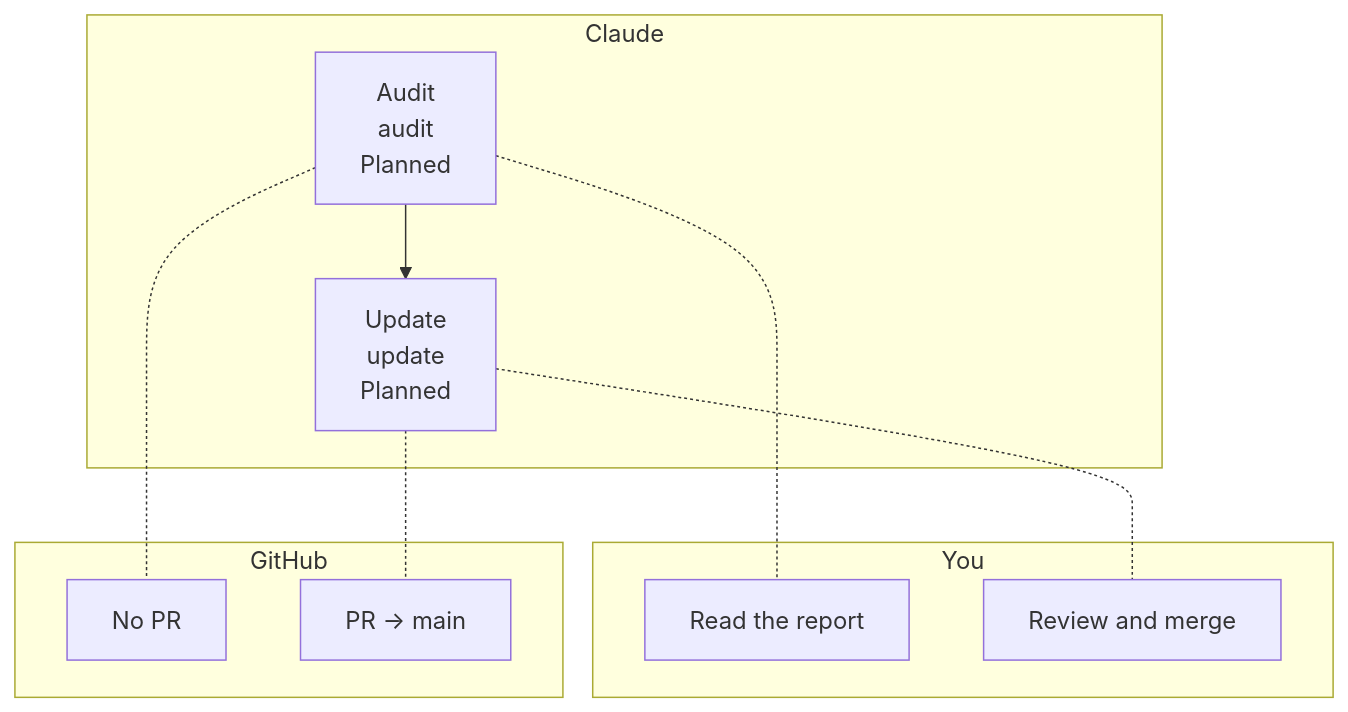
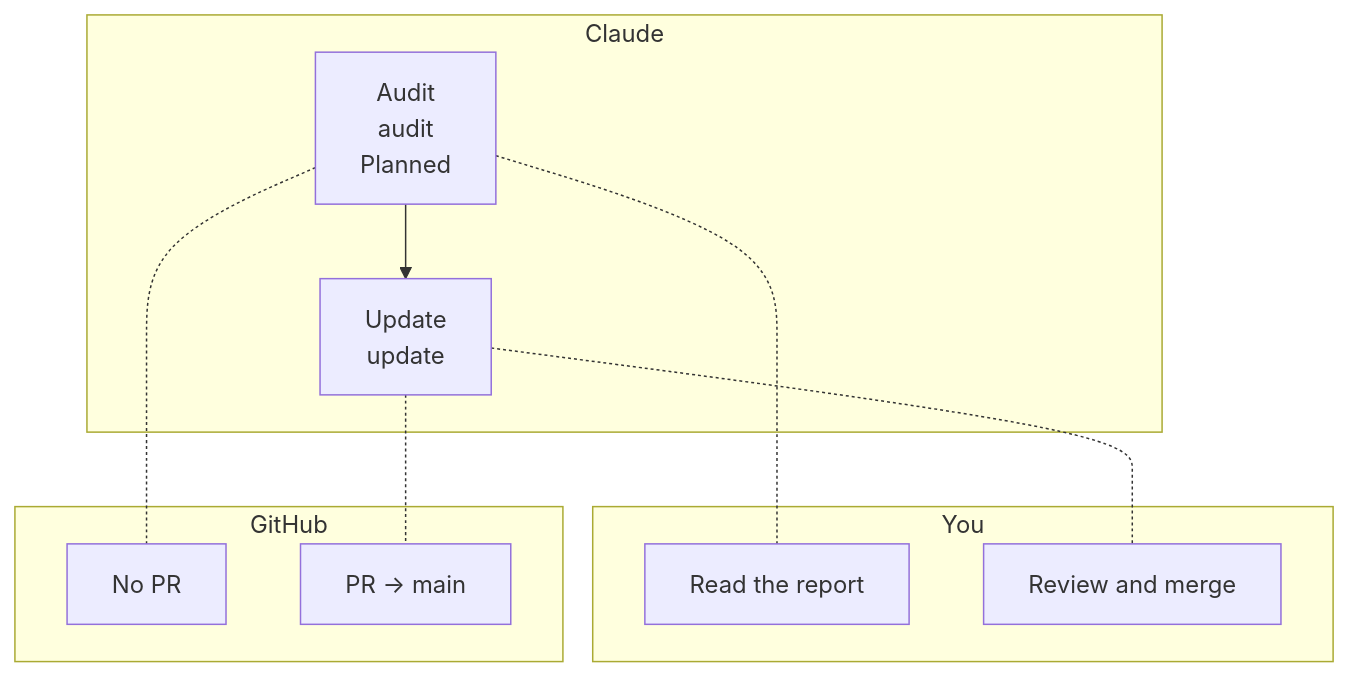
Before and after one commit to viralparikh-dev/cuevik-plugins: the third of 3 diagrams in docs/guides/Cuevik-Plugins_Walkthrough.md, drawn with Mermaid. The commit also changed other lines of this file and 15 other files, not shown here.

````diff
--- a/docs/guides/Cuevik-Plugins_Walkthrough.md
+++ b/docs/guides/Cuevik-Plugins_Walkthrough.md
@@ -200,20 +200,20 @@
 ```mermaid
 flowchart TB
   subgraph YOU["You"]
     S0_0["Read the report"]
     S1_0["Review and merge"]
   end
   subgraph CL["Claude"]
     M0["Audit<br/>audit<br/>Planned"]
-    M1["Update<br/>update<br/>Planned"]
+    M1["Update<br/>update"]
   end
   subgraph GH["GitHub"]
     S0_1["No PR"]
     S1_1["PR → main"]
   end
   M0 -.- S0_0
   M0 -.- S0_1
   M0 --> M1
   M1 -.- S1_0
   M1 -.- S1_1
 ```
````
